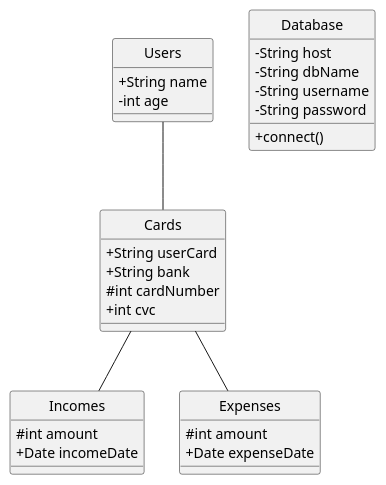
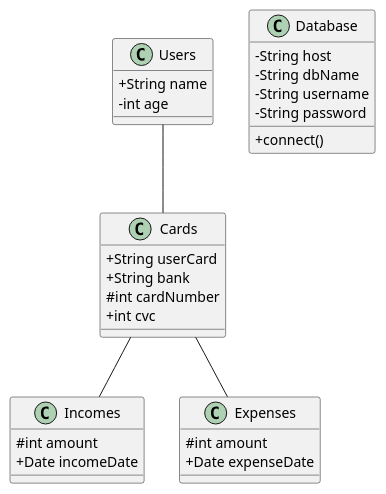
Before and after one commit to abderrahim-ghmouch/Smart-wallet-v2: the diagram in classediagramme.puml, drawn with PlantUML. The commit also changed other lines of this file, not shown here.

Commit message:
add diagramme

```diff
--- a/classediagramme.puml
+++ b/classediagramme.puml
@@ -1,39 +1,39 @@
-@startuml Smart_wallet
-hide circle
+@startuml smartuml
+
 skinparam classAttributeIconSize 0
 
 class Users {
     +String name
     -int age
 }
 
+
 class Cards {
     +String userCard
     +String bank
     #int cardNumber
     +int cvc
 }
-
 class Incomes {
     #int amount
     +Date incomeDate
 }
 
 class Expenses {
     #int amount
     +Date expenseDate
 }
 
 class Database {
     -String host
     -String dbName
     -String username
     -String password
     +connect()
 }
 
 Users -- Cards
 Cards -- Incomes
 Cards -- Expenses
 
 @enduml
```
